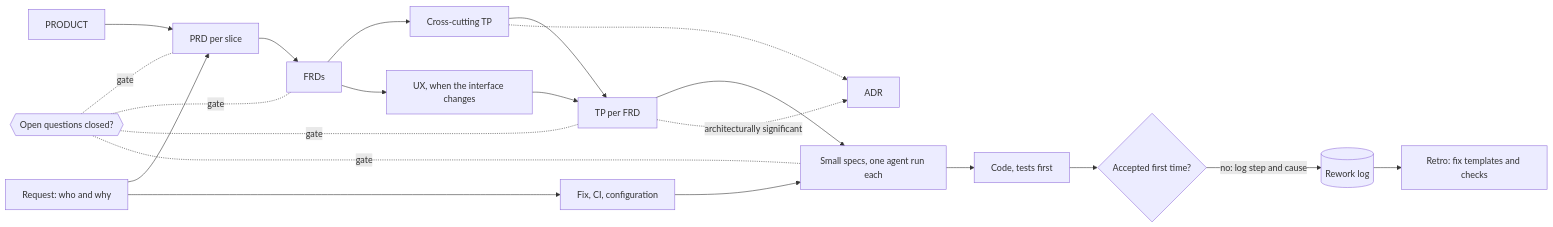
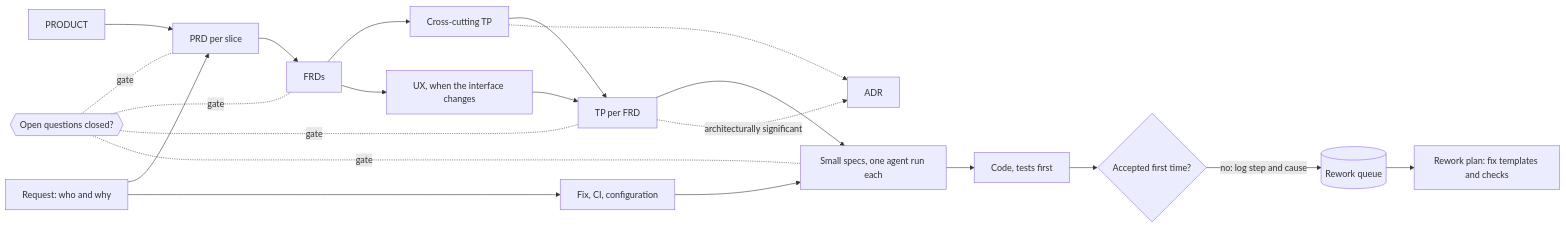
One commit to antonygiomarxdev/scriptorium changed the diagram in docs/PRODUCT.md. Above: the diagram before and after it, drawn with Mermaid. The commit also changed other lines of this file and 27 other files, not shown here.

First line of the commit message:
refactor!: the retro gives way to the rework queue

````diff
--- a/docs/PRODUCT.md
+++ b/docs/PRODUCT.md
@@ -33,13 +33,13 @@
 ```mermaid
 flowchart LR
   P[PRODUCT] --> PRD[PRD per slice] --> FRD[FRDs] --> CTP[Cross-cutting TP] --> TP[TP per FRD] --> S[Small specs, one agent run each] --> C[Code, tests first]
   TP -. architecturally significant .-> ADR[ADR]
   CTP -.-> ADR
   Q{{Open questions closed?}} -. gate .- PRD & FRD & TP & S
   SP[Fix, CI, configuration] --> S
   R[Request: who and why] --> PRD
   R --> SP
   FRD --> UX[UX, when the interface changes] --> TP
   C --> RV{Accepted first time?}
-  RV -- no: log step and cause --> M[(Rework log)] --> RT[Retro: fix templates and checks]
+  RV -- no: log step and cause --> M[(Rework queue)] --> RT[Rework plan: fix templates and checks]
 ```
````
